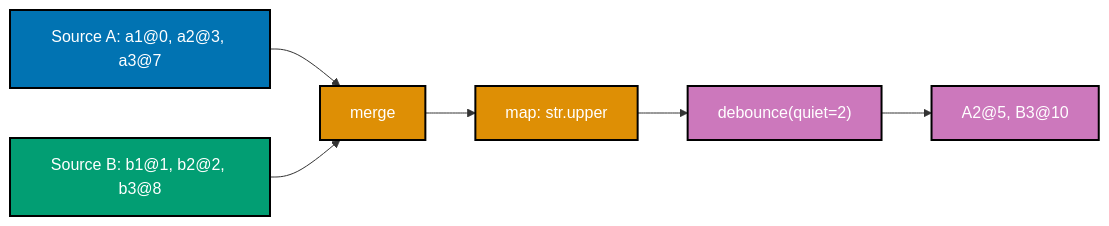
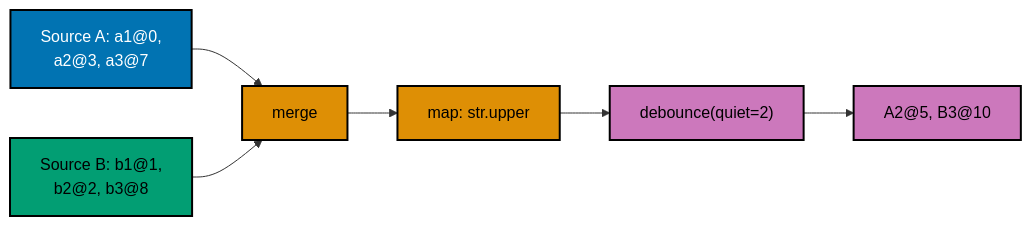
Diagram 15 of 15 in apps/ayokoding-www/content/en/learn/courses/concurrency-and-parallelism/learning/advanced.md (wahidyankf/ose-public), drawn with Mermaid before and after one commit. The commit also changed other lines of this file and 144 other files, not shown here.

First line of the commit message:
fix(mermaid): bring the first half of the courses diagrams onto the accessible palette

````diff
--- a/apps/ayokoding-www/content/en/learn/courses/concurrency-and-parallelism/learning/advanced.md
+++ b/apps/ayokoding-www/content/en/learn/courses/concurrency-and-parallelism/learning/advanced.md
@@ -3650,14 +3689,17 @@
 ```mermaid
 %% Color Palette: Blue #0173B2, Orange #DE8F05, Teal #029E73, Purple #CC78BC
 flowchart LR
-    A["Source A: a1@0, a2@3, a3@7"]:::blue --> Merge["merge"]:::orange
-    B["Source B: b1@1, b2@2, b3@8"]:::teal --> Merge
+    accTitle: Example 87: An Annotated Marble Diagram for merge -> map -> debounce
+    accDescr: Flowchart with 6 nodes and 5 connections. Nodes: Source A: a1@0, a2@3, a3@7, merge, Source B: b1@1, b2@2, b3@8, map: str.upper, debounce(quiet=2), A2@5, B3@10. Connections: Source A: a1@0, a2@3, a3@7 to merge, Source B: b1@1, b2@2, b3@8 to merge, merge to map: str.upper, map: str.upper to debounce(quiet=2), debounce(quiet=2) to A2@5, B3@10.
+    A["Source A: a1@0,<br/>a2@3, a3@7"]:::blue --> Merge["merge"]:::orange
+    B["Source B: b1@1,<br/>b2@2, b3@8"]:::teal --> Merge
     Merge --> Map["map: str.upper"]:::orange
     Map --> Debounce["debounce(quiet=2)"]:::purple
     Debounce --> Out["A2@5, B3@10"]:::purple
 
     classDef blue fill:#0173B2,stroke:#000000,color:#FFFFFF,stroke-width:2px
-    classDef orange fill:#DE8F05,stroke:#000000,color:#FFFFFF,stroke-width:2px
-    classDef teal fill:#029E73,stroke:#000000,color:#FFFFFF,stroke-width:2px
-    classDef purple fill:#CC78BC,stroke:#000000,color:#FFFFFF,stroke-width:2px
+    classDef orange fill:#DE8F05,stroke:#000000,color:#000000,stroke-width:2px
+    classDef teal fill:#029E73,stroke:#000000,color:#000000,stroke-width:2px
+    classDef purple fill:#CC78BC,stroke:#000000,color:#000000,stroke-width:2px
+    classDef default fill:#FFFFFF,stroke:#000000,color:#000000
 ```
````
